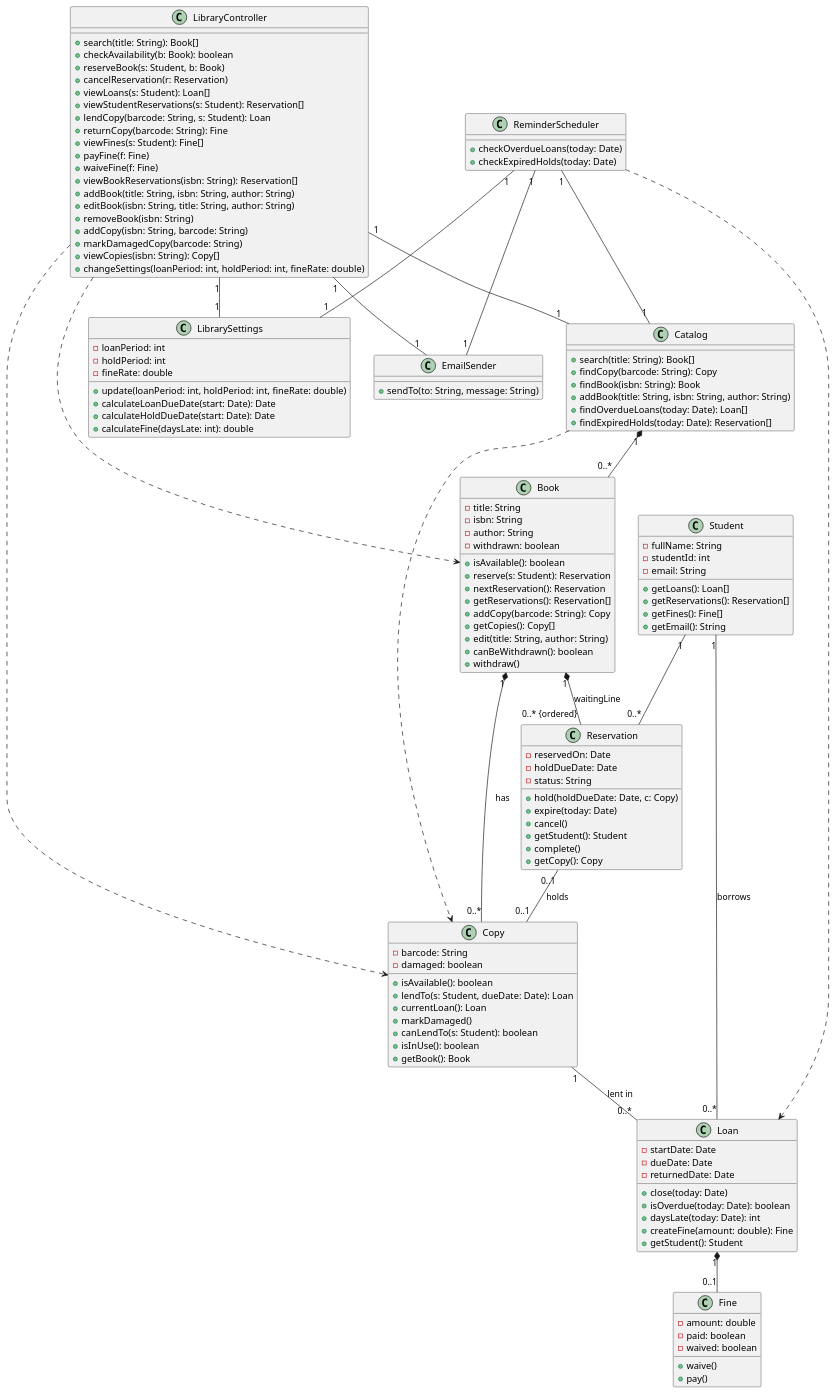
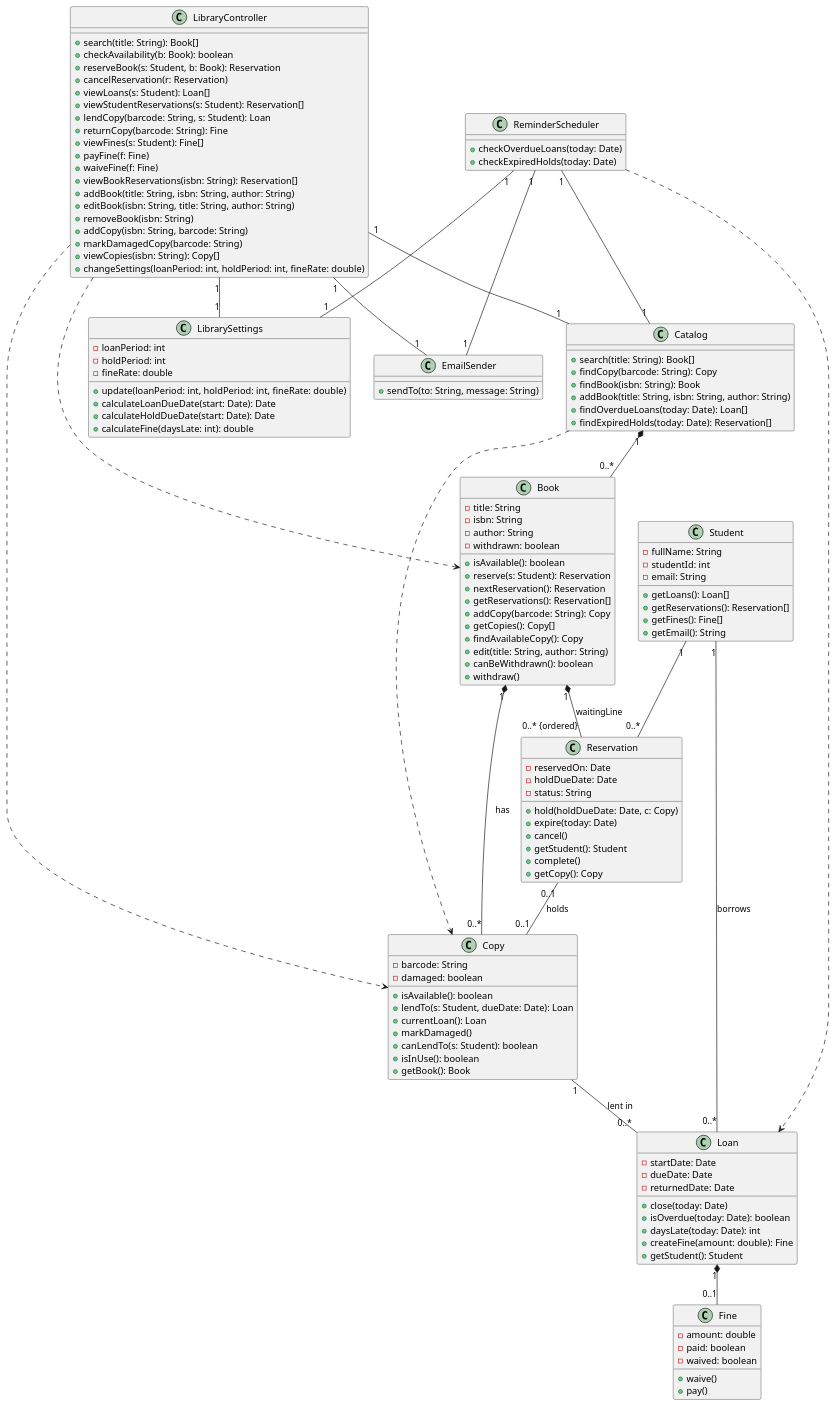
The diagram in docs/uml/class-diagram.puml (erionelezaj/LibrarySystem-SW-Design-Principles), drawn with PlantUML before and after one commit. The commit also changed 1 other file, not shown here.

Commit message:
Added the reserve sequence and some operations in the class diagram

```diff
--- a/docs/uml/class-diagram.puml
+++ b/docs/uml/class-diagram.puml
@@ -1,147 +1,148 @@
 @startuml LibrarySystem
 
 class LibraryController {
     + search(title: String): Book[]
     + checkAvailability(b: Book): boolean
-    + reserveBook(s: Student, b: Book)
+    + reserveBook(s: Student, b: Book): Reservation
     + cancelReservation(r: Reservation)
     + viewLoans(s: Student): Loan[]
     + viewStudentReservations(s: Student): Reservation[]
     + lendCopy(barcode: String, s: Student): Loan
     + returnCopy(barcode: String): Fine
     + viewFines(s: Student): Fine[]
     + payFine(f: Fine)
     + waiveFine(f: Fine)
     + viewBookReservations(isbn: String): Reservation[]
     + addBook(title: String, isbn: String, author: String)
     + editBook(isbn: String, title: String, author: String)
     + removeBook(isbn: String)
     + addCopy(isbn: String, barcode: String)
     + markDamagedCopy(barcode: String)
     + viewCopies(isbn: String): Copy[]
     + changeSettings(loanPeriod: int, holdPeriod: int, fineRate: double)
 }
 
 class ReminderScheduler {
     + checkOverdueLoans(today: Date)
     + checkExpiredHolds(today: Date)
 }
 
 class EmailSender {
     + sendTo(to: String, message: String)
 }
 
 class Catalog {
     + search(title: String): Book[]
     + findCopy(barcode: String): Copy
     + findBook(isbn: String): Book
     + addBook(title: String, isbn: String, author: String)
     + findOverdueLoans(today: Date): Loan[]
     + findExpiredHolds(today: Date): Reservation[]
 }
 
 class LibrarySettings {
     - loanPeriod: int
     - holdPeriod: int
     - fineRate: double
     + update(loanPeriod: int, holdPeriod: int, fineRate: double)
     + calculateLoanDueDate(start: Date): Date
     + calculateHoldDueDate(start: Date): Date
     + calculateFine(daysLate: int): double
 }
 
 class Book {
     - title: String
     - isbn: String
     - author: String
     - withdrawn: boolean
     + isAvailable(): boolean
     + reserve(s: Student): Reservation
     + nextReservation(): Reservation
     + getReservations(): Reservation[]
     + addCopy(barcode: String): Copy
     + getCopies(): Copy[]
+    + findAvailableCopy(): Copy
     + edit(title: String, author: String)
     + canBeWithdrawn(): boolean
     + withdraw()
 }
 
 class Student {
     - fullName: String
     - studentId: int
     - email: String
     + getLoans(): Loan[]
     + getReservations(): Reservation[]
     + getFines(): Fine[]
     + getEmail(): String
 }
 
 class Reservation {
     - reservedOn: Date
     - holdDueDate: Date
     - status: String
     + hold(holdDueDate: Date, c: Copy)
     + expire(today: Date)
     + cancel()
     + getStudent(): Student
     + complete() 
     + getCopy(): Copy   
 }
 
 class Copy {
     - barcode: String
     - damaged: boolean
     + isAvailable(): boolean
     + lendTo(s: Student, dueDate: Date): Loan
     + currentLoan(): Loan
     + markDamaged()
     + canLendTo(s: Student): boolean
     + isInUse(): boolean
     + getBook(): Book
 }
 
 class Loan {
     - startDate: Date
     - dueDate: Date
     - returnedDate: Date
     + close(today: Date)
     + isOverdue(today: Date): boolean
     + daysLate(today: Date): int
     + createFine(amount: double): Fine
     + getStudent(): Student
 }
 
 class Fine {
     - amount: double
     - paid: boolean
     - waived: boolean
     + waive()
     + pay()
 }
 
 
 LibraryController "1" -- "1" EmailSender
 LibraryController "1" -- "1" Catalog
 LibraryController "1" -- "1" LibrarySettings
 LibraryController ..> Book
 LibraryController ..> Copy
 
 ReminderScheduler "1" -- "1" EmailSender
 ReminderScheduler "1" -- "1" Catalog
 ReminderScheduler "1" -- "1" LibrarySettings
 ReminderScheduler ..> Loan
 
 Catalog "1" *-- "0..*" Book
 Catalog ..> Copy
 
 Book "1" *-- "0..* {ordered}" Reservation : waitingLine
 Book "1" *-- "0..*" Copy : has
 Reservation "0..1" -- "0..1" Copy : holds
 
 Student "1" -- "0..*" Reservation
 Student "1" -- "0..*" Loan : borrows
 
 Copy "1" -- "0..*" Loan : lent in
 Loan "1" *-- "0..1" Fine
 
 @enduml
```
